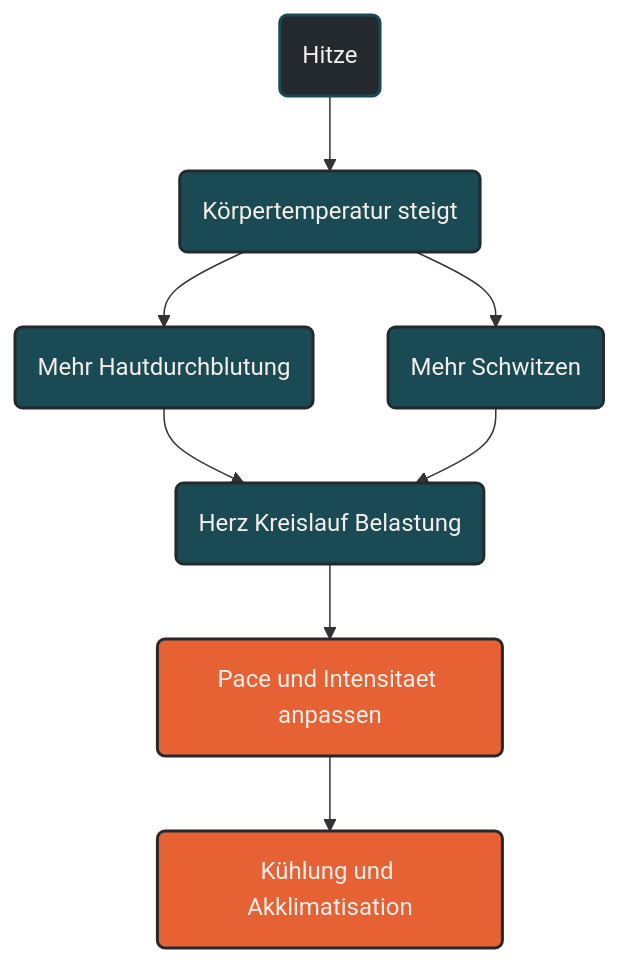
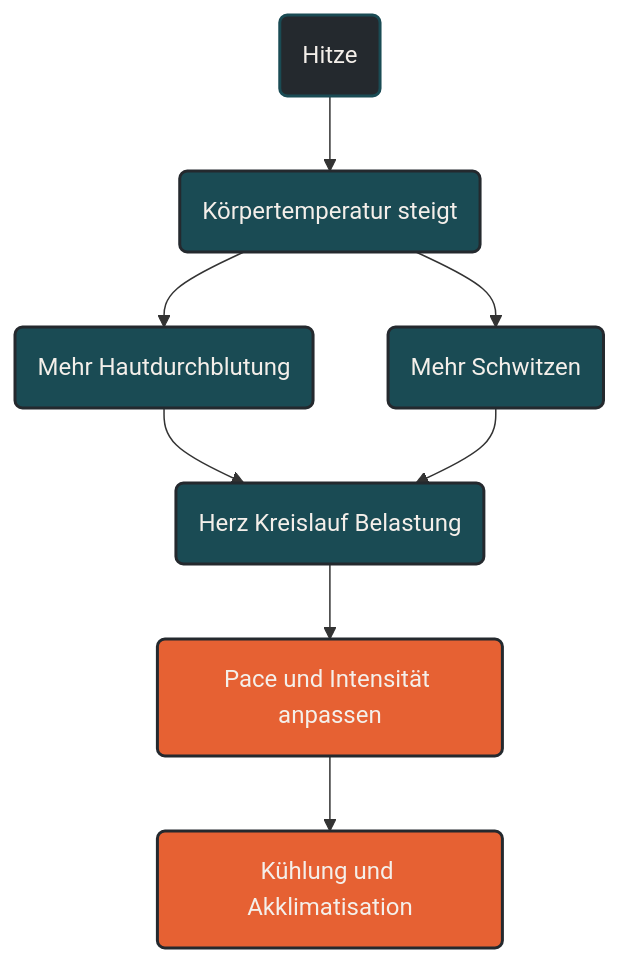
One commit to Quixos40K/ausdauersport-typemill changed the second of 2 diagrams in content/00-ausdauersport/03-ernaehrung-und-supplemente/06-fluessigkeit-elektrolyte-und-hitze.md. Above: the diagram before and after it, drawn with Mermaid.

Commit message:
Fix typo in hydration and heat section

````diff
--- a/content/00-ausdauersport/03-ernaehrung-und-supplemente/06-fluessigkeit-elektrolyte-und-hitze.md
+++ b/content/00-ausdauersport/03-ernaehrung-und-supplemente/06-fluessigkeit-elektrolyte-und-hitze.md
@@ -141,19 +141,19 @@
 ```mermaid
 graph TD
     A(Hitze) --> B(Körpertemperatur steigt)
     B --> C(Mehr Hautdurchblutung)
     B --> D(Mehr Schwitzen)
     C --> E(Herz Kreislauf Belastung)
     D --> E
-    E --> F(Pace und Intensitaet anpassen)
+    E --> F(Pace und Intensität anpassen)
     F --> G(Kühlung und Akklimatisation)
 
     classDef default fill:#F4EFEA,stroke:#1A4B54,stroke-width:2px,color:#24292E;
     classDef primary fill:#1A4B54,stroke:#24292E,stroke-width:2px,color:#F4EFEA;
     classDef highlight fill:#E66133,stroke:#24292E,stroke-width:2px,color:#F4EFEA;
     classDef dark fill:#24292E,stroke:#1A4B54,stroke-width:2px,color:#F4EFEA;
 
     class A dark;
     class B,C,D,E primary;
     class F,G highlight;
 ```
````
